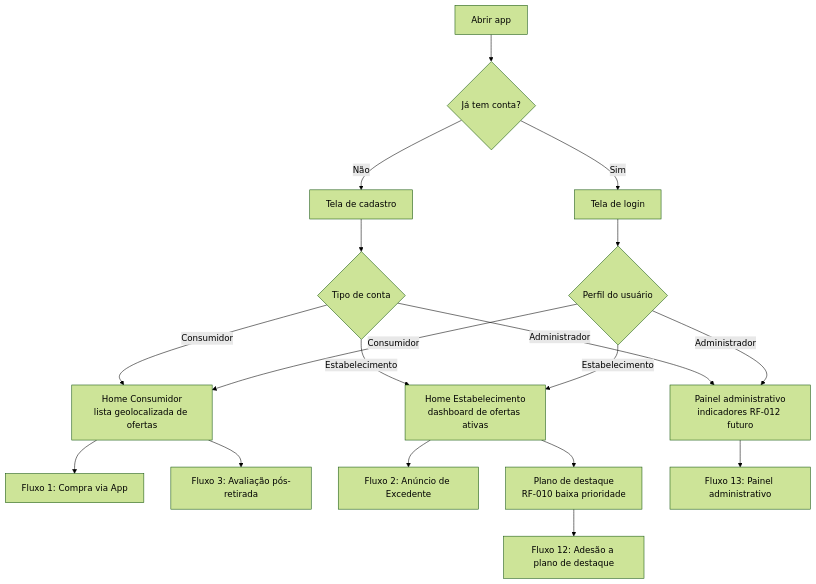
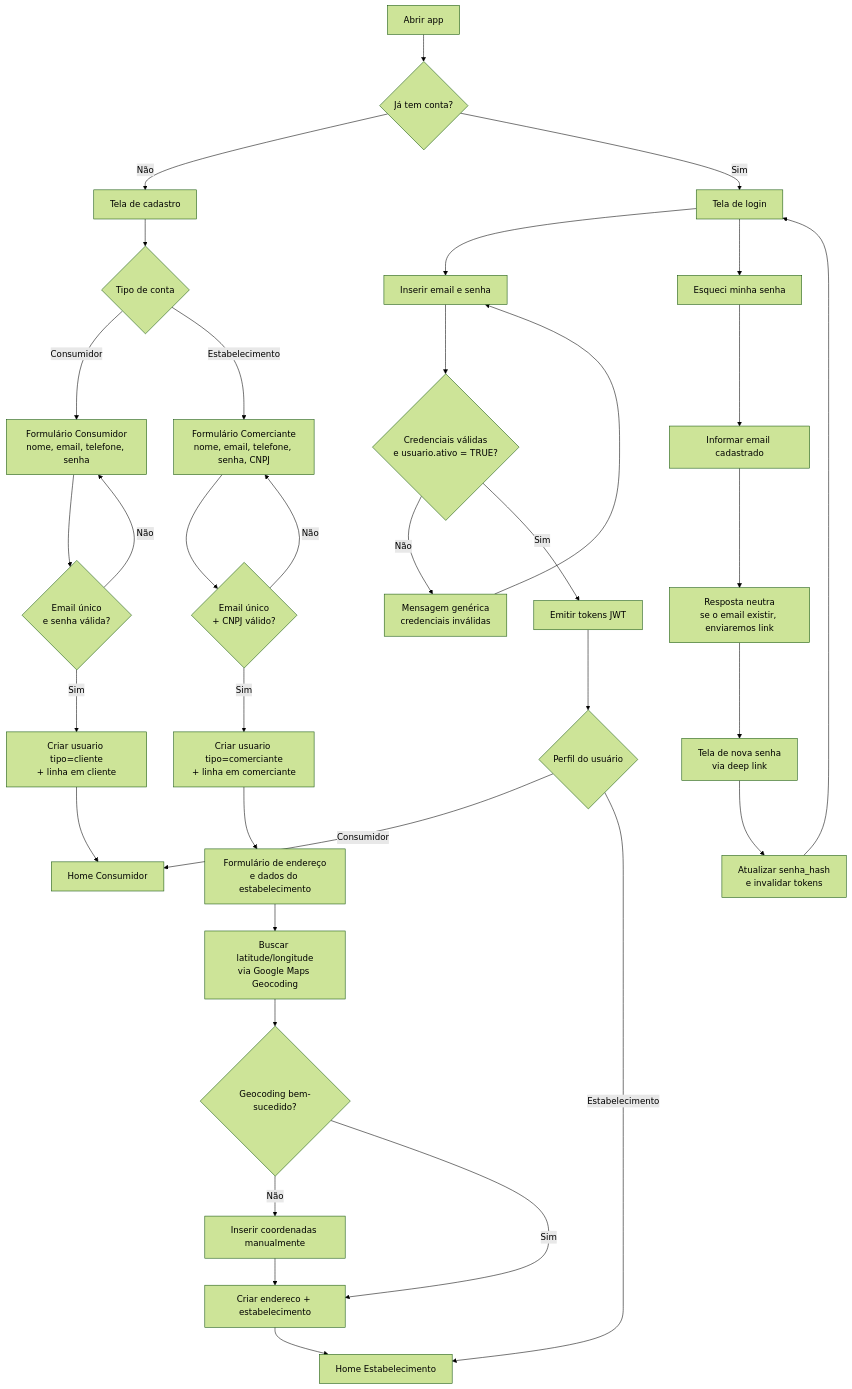
One commit to nulltupy/foodloop-projeto-testes changed the first of 7 diagrams in docs/05-Projeto-interface.md. Above: the diagram before and after it, drawn with Mermaid (forest theme). The commit also changed other lines of this file, not shown here.

Commit message:
docs: consolida diagramas de fluxo da interface

````diff
--- a/docs/05-Projeto-interface.md
+++ b/docs/05-Projeto-interface.md
@@ -29,20 +42,36 @@
 ```mermaid
 flowchart TD
     A[Abrir app] --> B{Já tem conta?}
-    B -- Não --> C[Tela de cadastro]
-    B -- Sim --> D[Tela de login]
-    C --> E{Tipo de conta}
-    E -- Consumidor --> F[Home Consumidor<br/>lista geolocalizada de ofertas]
-    E -- Estabelecimento --> G[Home Estabelecimento<br/>dashboard de ofertas ativas]
-    E -- Administrador --> ADM[Painel administrativo<br/>indicadores RF-012 futuro]
-    D --> H{Perfil do usuário}
-    H -- Consumidor --> F
-    H -- Estabelecimento --> G
-    H -- Administrador --> ADM
-    F --> F1[Fluxo 1: Compra via App]
-    F --> F3[Fluxo 3: Avaliação pós-retirada]
-    G --> F2[Fluxo 2: Anúncio de Excedente]
-    G --> ASS[Plano de destaque<br/>RF-010 baixa prioridade]
-    ASS --> F12[Fluxo 12: Adesão a plano de destaque]
-    ADM --> F13[Fluxo 13: Painel administrativo]
+    B -- Não --> CAD[Tela de cadastro]
+    CAD --> TP{Tipo de conta}
+    TP -- Consumidor --> FC[Formulário Consumidor<br/>nome, email, telefone, senha]
+    TP -- Estabelecimento --> FE[Formulário Comerciante<br/>nome, email, telefone, senha, CNPJ]
+    FC --> VC{Email único<br/>e senha válida?}
+    VC -- Não --> FC
+    VC -- Sim --> CRC[Criar usuario tipo=cliente<br/>+ linha em cliente]
+    CRC --> HC[Home Consumidor]
+    FE --> VE{Email único<br/>+ CNPJ válido?}
+    VE -- Não --> FE
+    VE -- Sim --> CRE[Criar usuario tipo=comerciante<br/>+ linha em comerciante]
+    CRE --> END[Formulário de endereço<br/>e dados do estabelecimento]
+    END --> GEO[Buscar latitude/longitude<br/>via Google Maps Geocoding]
+    GEO --> QG{Geocoding bem-sucedido?}
+    QG -- Não --> MAN[Inserir coordenadas manualmente]
+    MAN --> EST[Criar endereco + estabelecimento]
+    QG -- Sim --> EST
+    EST --> HE[Home Estabelecimento]
+    B -- Sim --> LOG[Tela de login]
+    LOG --> CRED[Inserir email e senha]
+    CRED --> AUT{Credenciais válidas<br/>e usuario.ativo = TRUE?}
+    AUT -- Não --> ERL[Mensagem genérica<br/>credenciais inválidas] --> CRED
+    AUT -- Sim --> TOK[Emitir tokens JWT]
+    TOK --> ROT{Perfil do usuário}
+    ROT -- Consumidor --> HC
+    ROT -- Estabelecimento --> HE
+    LOG --> REC[Esqueci minha senha]
+    REC --> EMR[Informar email cadastrado]
+    EMR --> ENV[Resposta neutra<br/>se o email existir, enviaremos link]
+    ENV --> NS[Tela de nova senha<br/>via deep link]
+    NS --> UP[Atualizar senha_hash<br/>e invalidar tokens]
+    UP --> LOG
 ```
````
